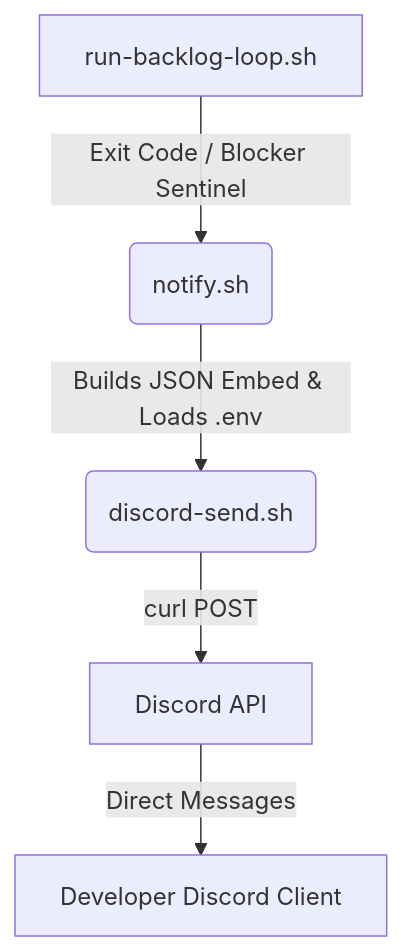
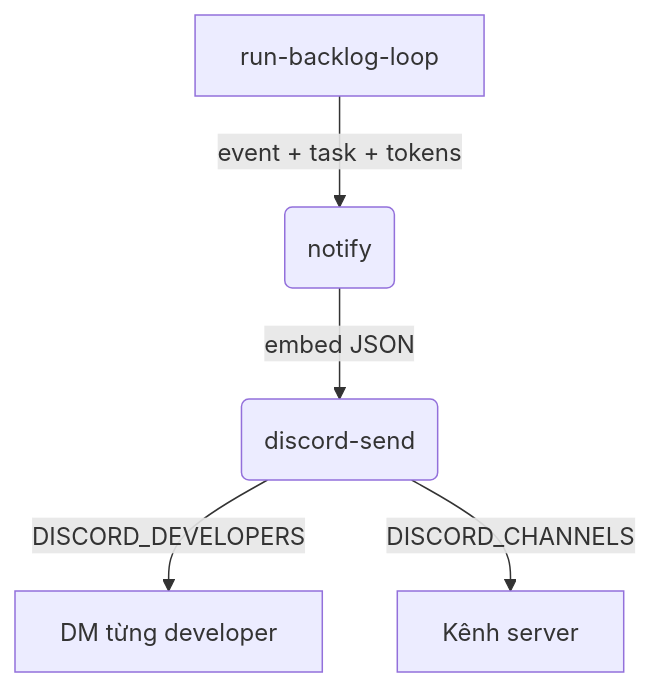
The diagram in templates/unity-project/DefaultSetup/.claude/docs/discord-notification.md (PackageStore/ezg-packages), drawn with Mermaid before and after one commit. The commit also changed other lines of this file and 11 other files, not shown here.

First line of the commit message:
feat(ai): Discord loop notifications to channels + compact embed

````diff
--- a/templates/unity-project/DefaultSetup/.claude/docs/discord-notification.md
+++ b/templates/unity-project/DefaultSetup/.claude/docs/discord-notification.md
@@ -15,7 +19,7 @@
 ```mermaid
 graph TD
-    A[run-backlog-loop.sh] -->|Exit Code / Blocker Sentinel| B(notify.sh)
-    B -->|Builds JSON Embed & Loads .env| C(discord-send.sh)
-    C -->|curl POST| D[Discord API]
-    D -->|Direct Messages| E[Developer Discord Client]
+    A[run-backlog-loop] -->|event + task + tokens| B(notify)
+    B -->|embed JSON| C(discord-send)
+    C -->|DISCORD_DEVELOPERS| D[DM từng developer]
+    C -->|DISCORD_CHANNELS| E[Kênh server]
 ```
````
